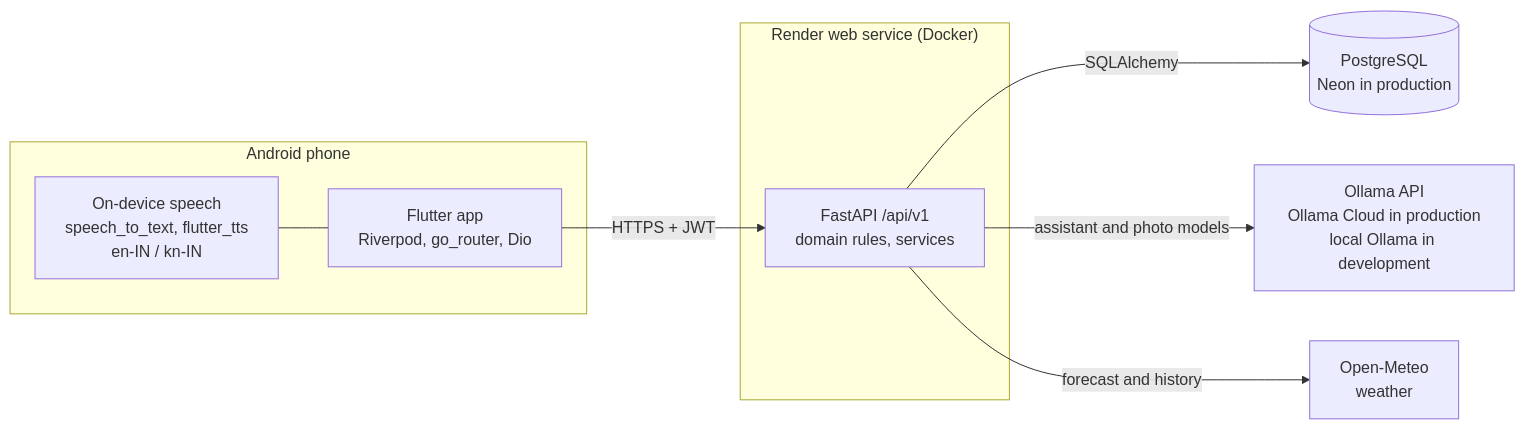
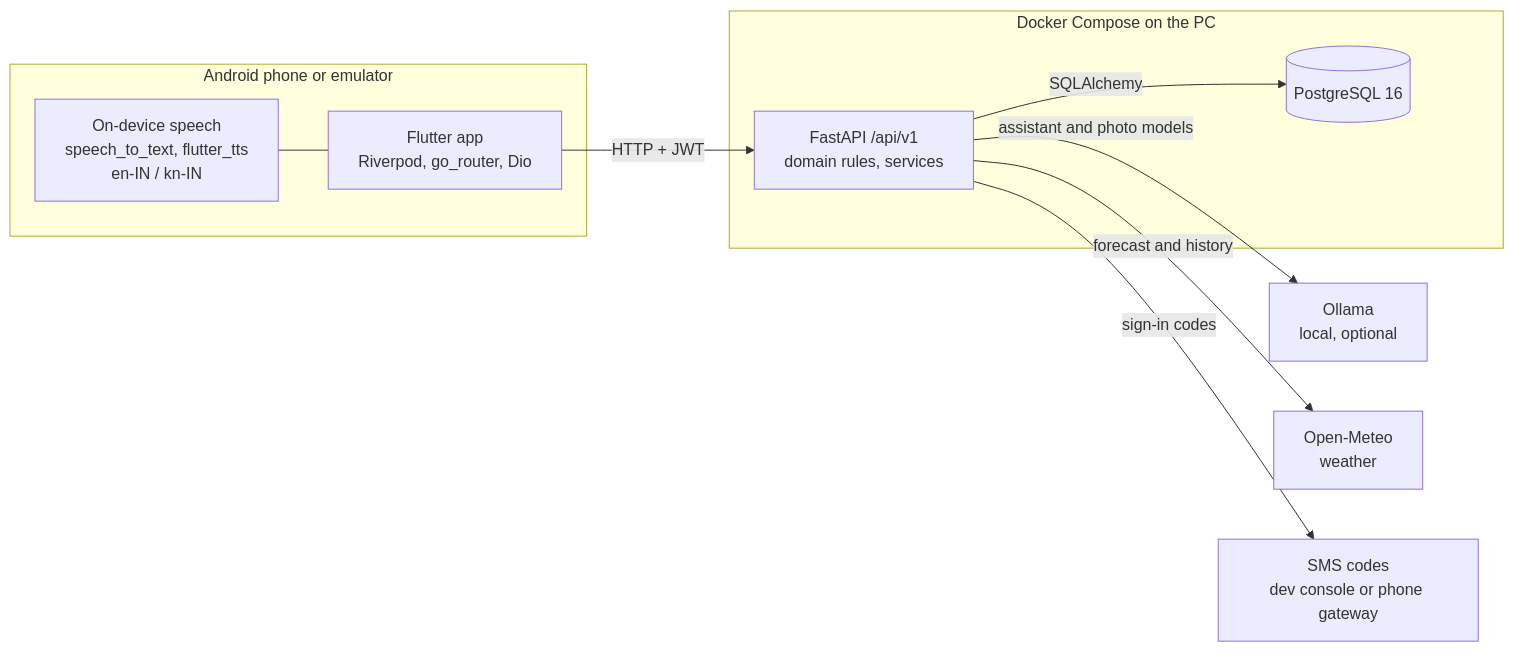
Before and after one commit to Srinivasabl11/harvestique: the first of 3 diagrams in README.md, drawn with Mermaid. The commit also changed other lines of this file and 1 other file, not shown here.

````diff
--- a/README.md
+++ b/README.md
@@ -81,18 +98,20 @@
 ```mermaid
 flowchart LR
-    subgraph Phone["Android phone"]
+    subgraph Phone["Android phone or emulator"]
         App["Flutter app<br/>Riverpod, go_router, Dio"]
         Speech["On-device speech<br/>speech_to_text, flutter_tts<br/>en-IN / kn-IN"]
     end
-    subgraph Render["Render web service (Docker)"]
+    subgraph PC["Docker Compose on the PC"]
         API["FastAPI /api/v1<br/>domain rules, services"]
+        DB[("PostgreSQL 16")]
     end
-    DB[("PostgreSQL<br/>Neon in production")]
-    Ollama["Ollama API<br/>Ollama Cloud in production<br/>local Ollama in development"]
+    Ollama["Ollama<br/>local, optional"]
     Meteo["Open-Meteo<br/>weather"]
-    App -- "HTTPS + JWT" --> API
+    SMS["SMS codes<br/>dev console or phone gateway"]
+    App -- "HTTP + JWT" --> API
     Speech --- App
     API -- "SQLAlchemy" --> DB
     API -- "assistant and photo models" --> Ollama
     API -- "forecast and history" --> Meteo
+    API -- "sign-in codes" --> SMS
 ```
````
